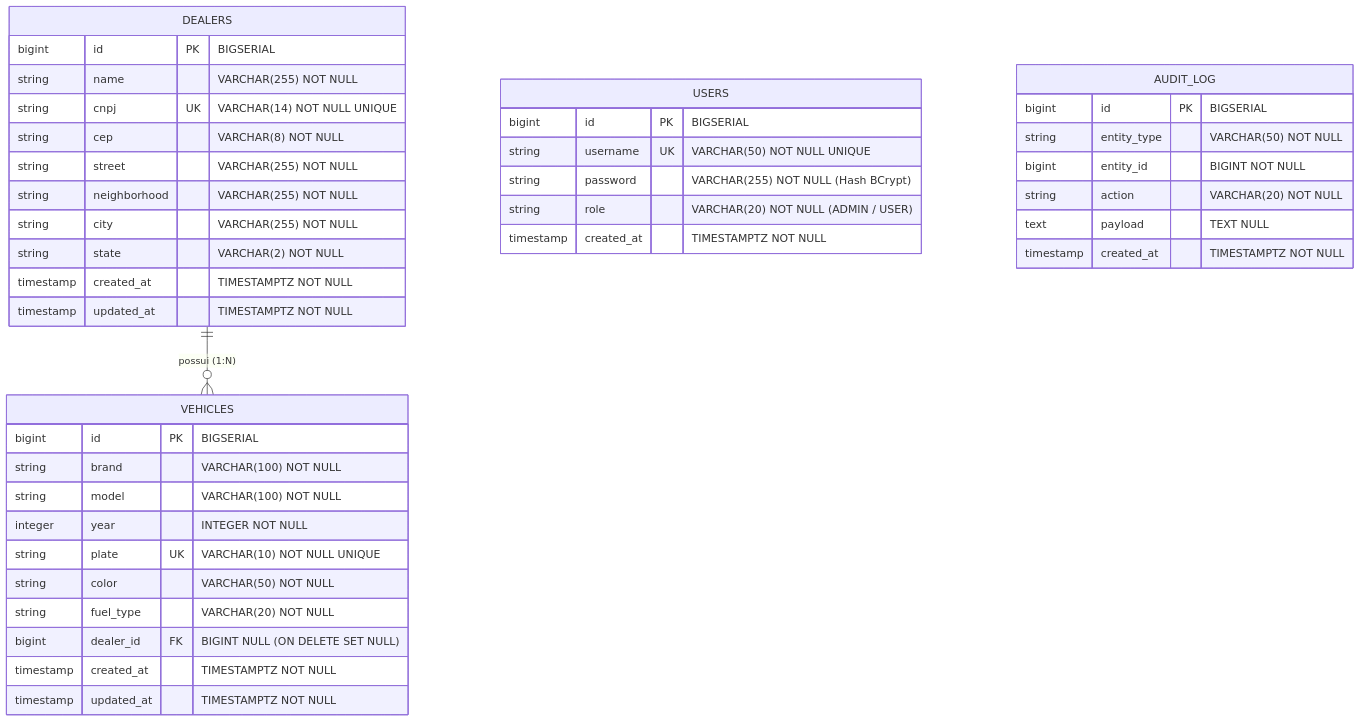
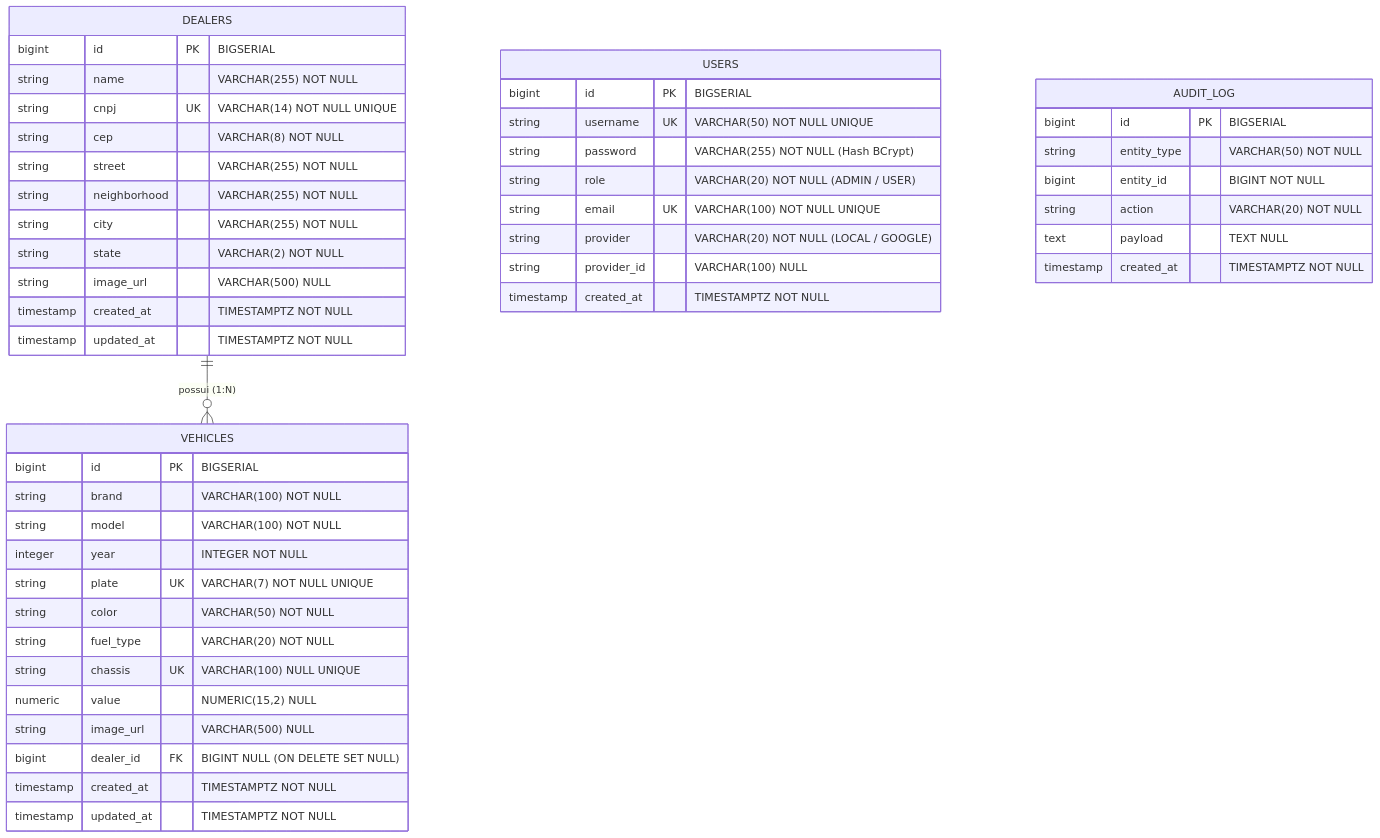
Before and after one commit to J040Pablo/vehicle-dealer-system: the diagram in docs/architecture/data-model.md, drawn with Mermaid. The commit also changed other lines of this file and 21 other files, not shown here.

````diff
--- a/docs/architecture/data-model.md
+++ b/docs/architecture/data-model.md
@@ -9,47 +9,54 @@
 ```mermaid
 erDiagram
     DEALERS ||--o{ VEHICLES : "possui (1:N)"
 
     DEALERS {
         bigint id PK "BIGSERIAL"
         string name "VARCHAR(255) NOT NULL"
         string cnpj UK "VARCHAR(14) NOT NULL UNIQUE"
         string cep "VARCHAR(8) NOT NULL"
         string street "VARCHAR(255) NOT NULL"
         string neighborhood "VARCHAR(255) NOT NULL"
         string city "VARCHAR(255) NOT NULL"
         string state "VARCHAR(2) NOT NULL"
+        string image_url "VARCHAR(500) NULL"
         timestamp created_at "TIMESTAMPTZ NOT NULL"
         timestamp updated_at "TIMESTAMPTZ NOT NULL"
     }
 
     VEHICLES {
         bigint id PK "BIGSERIAL"
         string brand "VARCHAR(100) NOT NULL"
         string model "VARCHAR(100) NOT NULL"
         integer year "INTEGER NOT NULL"
-        string plate UK "VARCHAR(10) NOT NULL UNIQUE"
+        string plate UK "VARCHAR(7) NOT NULL UNIQUE"
         string color "VARCHAR(50) NOT NULL"
         string fuel_type "VARCHAR(20) NOT NULL"
+        string chassis UK "VARCHAR(100) NULL UNIQUE"
+        numeric value "NUMERIC(15,2) NULL"
+        string image_url "VARCHAR(500) NULL"
         bigint dealer_id FK "BIGINT NULL (ON DELETE SET NULL)"
         timestamp created_at "TIMESTAMPTZ NOT NULL"
         timestamp updated_at "TIMESTAMPTZ NOT NULL"
     }
 
     USERS {
         bigint id PK "BIGSERIAL"
         string username UK "VARCHAR(50) NOT NULL UNIQUE"
         string password "VARCHAR(255) NOT NULL (Hash BCrypt)"
         string role "VARCHAR(20) NOT NULL (ADMIN / USER)"
+        string email UK "VARCHAR(100) NOT NULL UNIQUE"
+        string provider "VARCHAR(20) NOT NULL (LOCAL / GOOGLE)"
+        string provider_id "VARCHAR(100) NULL"
         timestamp created_at "TIMESTAMPTZ NOT NULL"
     }
 
     AUDIT_LOG {
         bigint id PK "BIGSERIAL"
         string entity_type "VARCHAR(50) NOT NULL"
         bigint entity_id "BIGINT NOT NULL"
         string action "VARCHAR(20) NOT NULL"
         text payload "TEXT NULL"
         timestamp created_at "TIMESTAMPTZ NOT NULL"
     }
 ```
````
